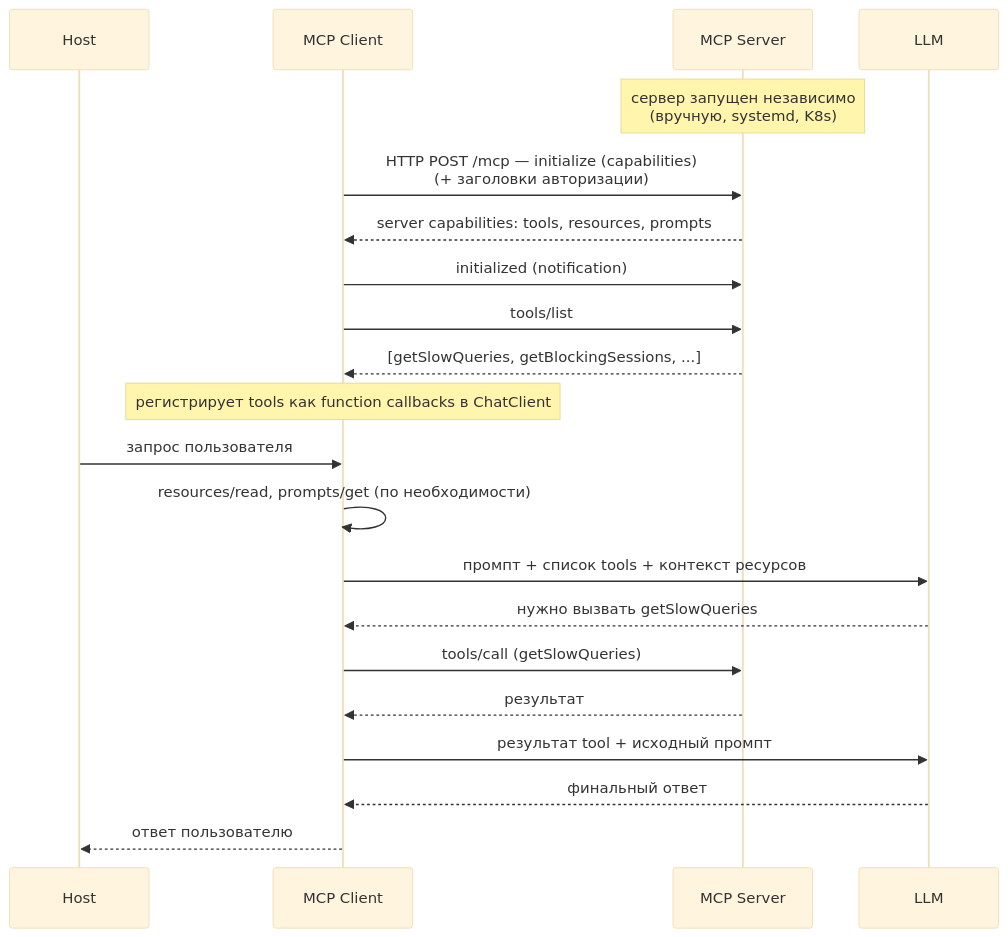
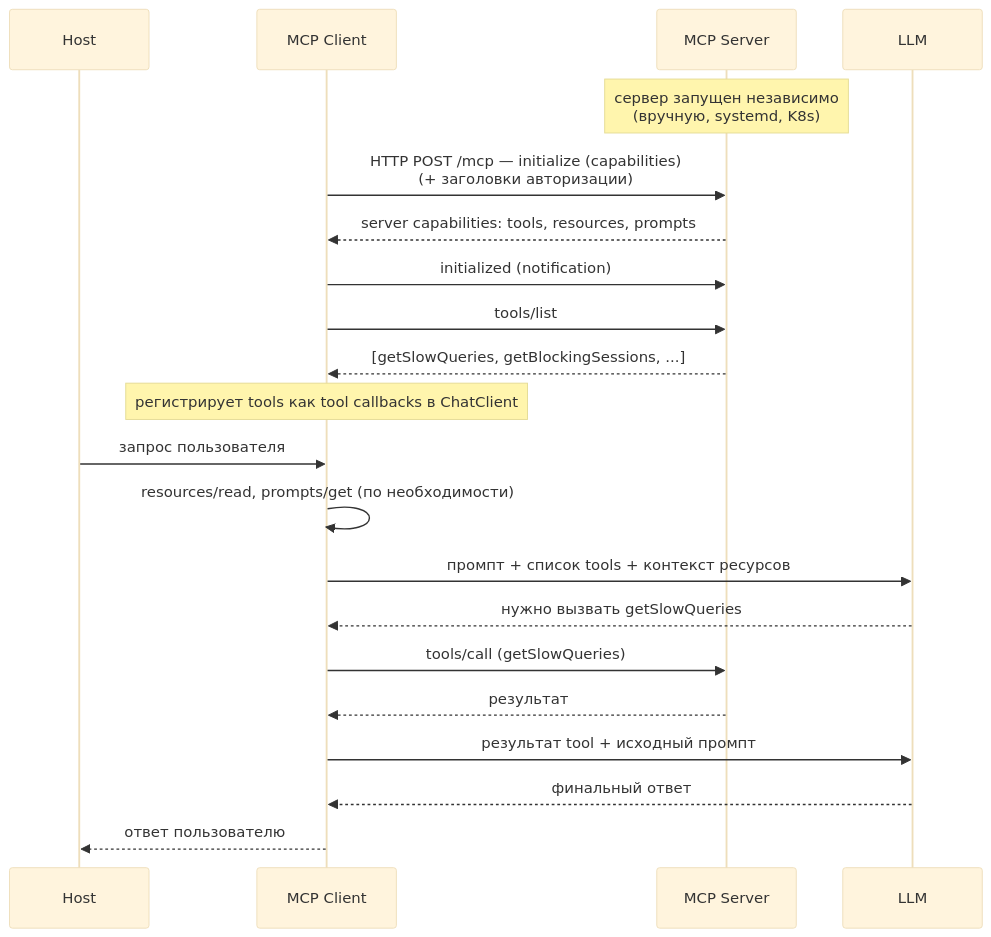
The diagram in ru/02-kak-rabotaet-mcp.md (YuryKlimchuk/article-spring-ai-mcp), drawn with Mermaid (base theme) before and after one commit. The commit also changed other lines of this file and 24 other files, not shown here.

````diff
--- a/ru/02-kak-rabotaet-mcp.md
+++ b/ru/02-kak-rabotaet-mcp.md
@@ -54,24 +54,24 @@
 ```mermaid
 sequenceDiagram
     participant H as Host
     participant C as MCP Client
     participant S as MCP Server
     participant L as LLM
 
     Note over S: сервер запущен независимо<br/>(вручную, systemd, K8s)
     C->>S: HTTP POST /mcp — initialize (capabilities)<br/>(+ заголовки авторизации)
     S-->>C: server capabilities: tools, resources, prompts
     C->>S: initialized (notification)
     C->>S: tools/list
     S-->>C: [getSlowQueries, getBlockingSessions, ...]
-    Note over C: регистрирует tools как function callbacks в ChatClient
+    Note over C: регистрирует tools как tool callbacks в ChatClient
     H->>C: запрос пользователя
     C->>C: resources/read, prompts/get (по необходимости)
     C->>L: промпт + список tools + контекст ресурсов
     L-->>C: нужно вызвать getSlowQueries
     C->>S: tools/call (getSlowQueries)
     S-->>C: результат
     C->>L: результат tool + исходный промпт
     L-->>C: финальный ответ
     C-->>H: ответ пользователю
 ```
````
